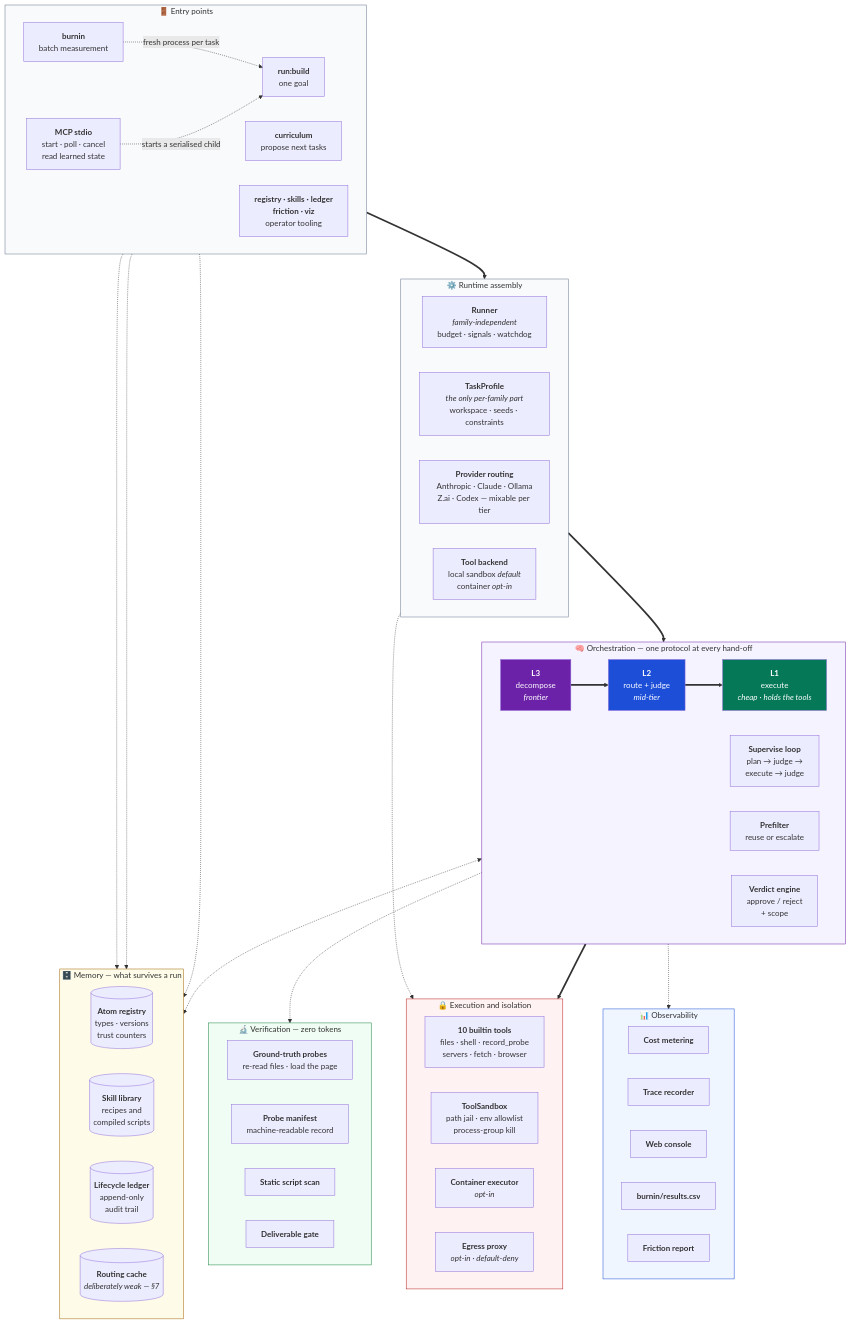
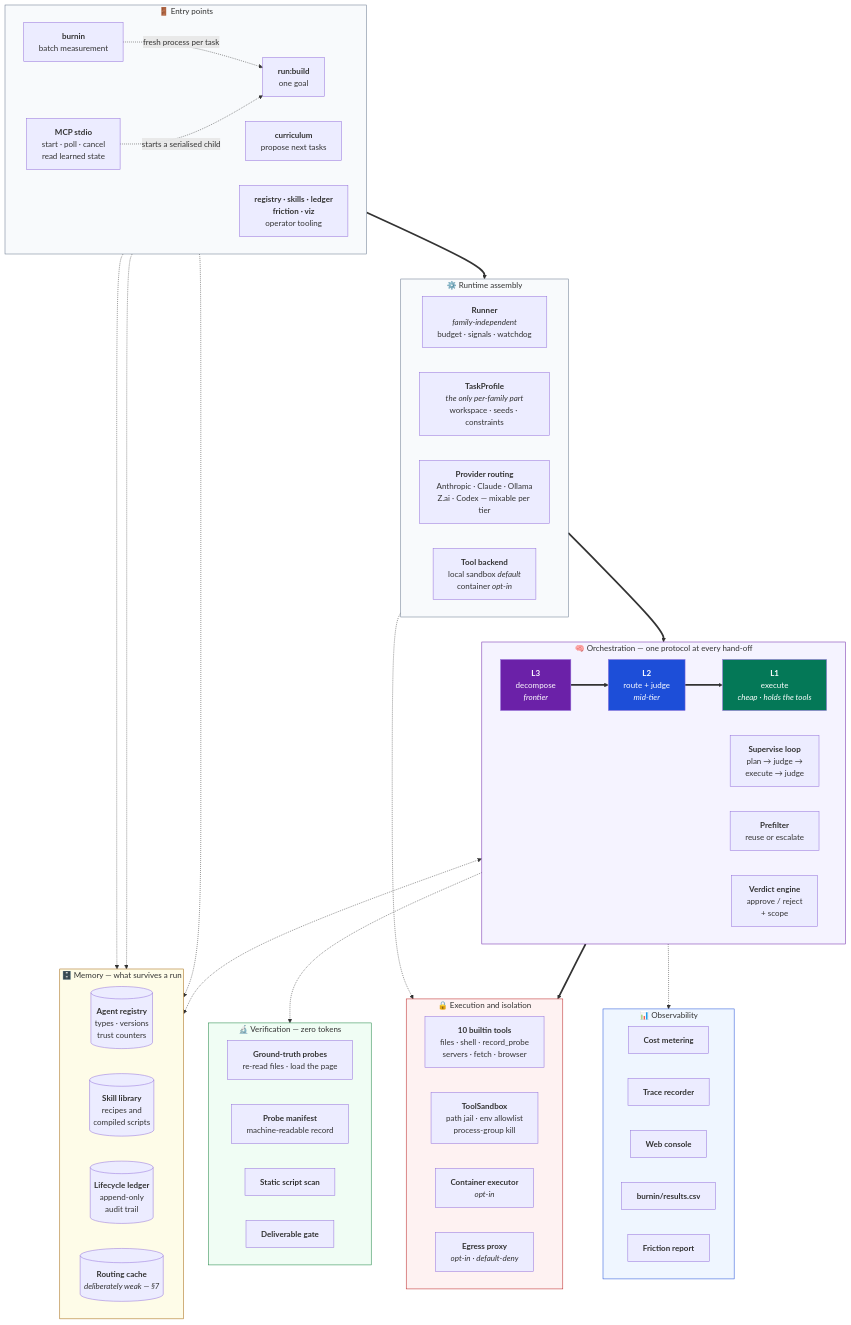
Before and after one commit to mgtf/atoma: the second of 6 diagrams in docs/how-it-works.md, drawn with Mermaid. The commit also changed other lines of this file and 122 other files, not shown here.

```diff
--- a/docs/how-it-works.md
+++ b/docs/how-it-works.md
@@ -102,7 +109,7 @@
 
     subgraph MEM[" 🗄️ Memory — what survives a run "]
         direction LR
-        REG[("<b>Atom registry</b><br/>types · versions<br/>trust counters")]
+        REG[("<b>Agent registry</b><br/>types · versions<br/>trust counters")]
         SKILLS[("<b>Skill library</b><br/>recipes and<br/>compiled scripts")]
         LEDGER[("<b>Lifecycle ledger</b><br/>append-only<br/>audit trail")]
         PCACHE[("<b>Routing cache</b><br/><i>deliberately weak — §7</i>")]
```
